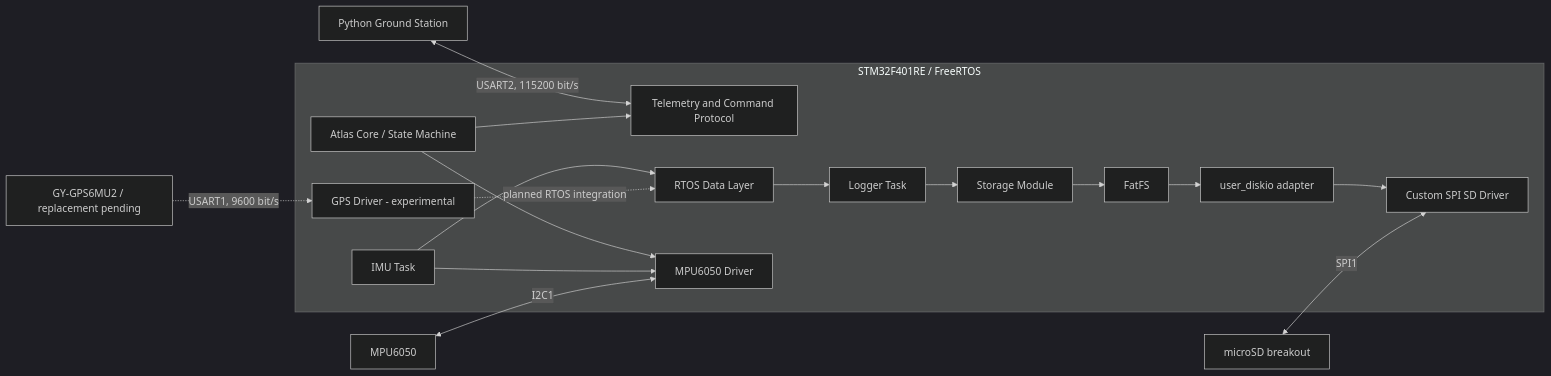
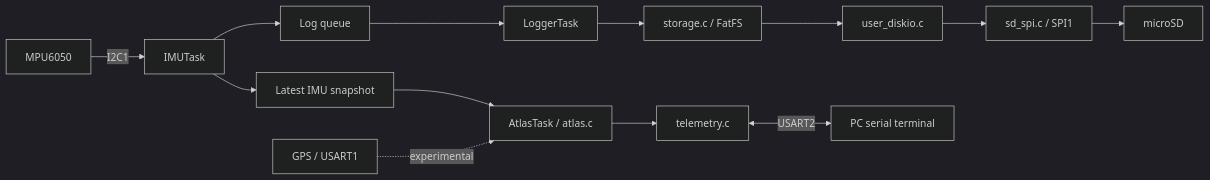
Before and after one commit to losth6wz/Atlas: the diagram in README.md, drawn with Mermaid (dark theme). The commit also changed other lines of this file, not shown here.

````diff
--- a/README.md
+++ b/README.md
@@ -29,32 +104,15 @@
 ```mermaid
 flowchart LR
-    PC[Python Ground Station] <-->|USART2, 115200 bit/s| TEL[Telemetry and Command Protocol]
-
-    subgraph STM32[STM32F401RE / FreeRTOS]
-        ATLAS[Atlas Core / State Machine]
-        IMUT[IMU Task]
-        LOGT[Logger Task]
-        DATA[RTOS Data Layer]
-        IMUD[MPU6050 Driver]
-        STORE[Storage Module]
-        FAT[FatFS]
-        DISK[user_diskio adapter]
-        SDSPI[Custom SPI SD Driver]
-        GPSD[GPS Driver - experimental]
-
-        ATLAS --> TEL
-        ATLAS --> IMUD
-        IMUT --> IMUD
-        IMUT --> DATA
-        DATA --> LOGT
-        LOGT --> STORE
-        STORE --> FAT
-        FAT --> DISK
-        DISK --> SDSPI
-        GPSD -. planned RTOS integration .-> DATA
-    end
-
-    IMU[MPU6050] <-->|I2C1| IMUD
-    SD[microSD breakout] <-->|SPI1| SDSPI
-    GPS[GY-GPS6MU2 / replacement pending] -.->|USART1, 9600 bit/s| GPSD
+    IMU[MPU6050] -->|I2C1| IMUT[IMUTask]
+    IMUT --> SNAP[Latest IMU snapshot]
+    IMUT --> QUEUE[Log queue]
+    QUEUE --> LOG[LoggerTask]
+    LOG --> STORE[storage.c / FatFS]
+    STORE --> DISK[user_diskio.c]
+    DISK --> SPI[sd_spi.c / SPI1]
+    SPI --> SD[microSD]
+    ATLAS[AtlasTask / atlas.c] --> TEL[telemetry.c]
+    SNAP --> ATLAS
+    TEL <-->|USART2| PC[PC serial terminal]
+    GPS[GPS / USART1] -. experimental .-> ATLAS
 ```
````
